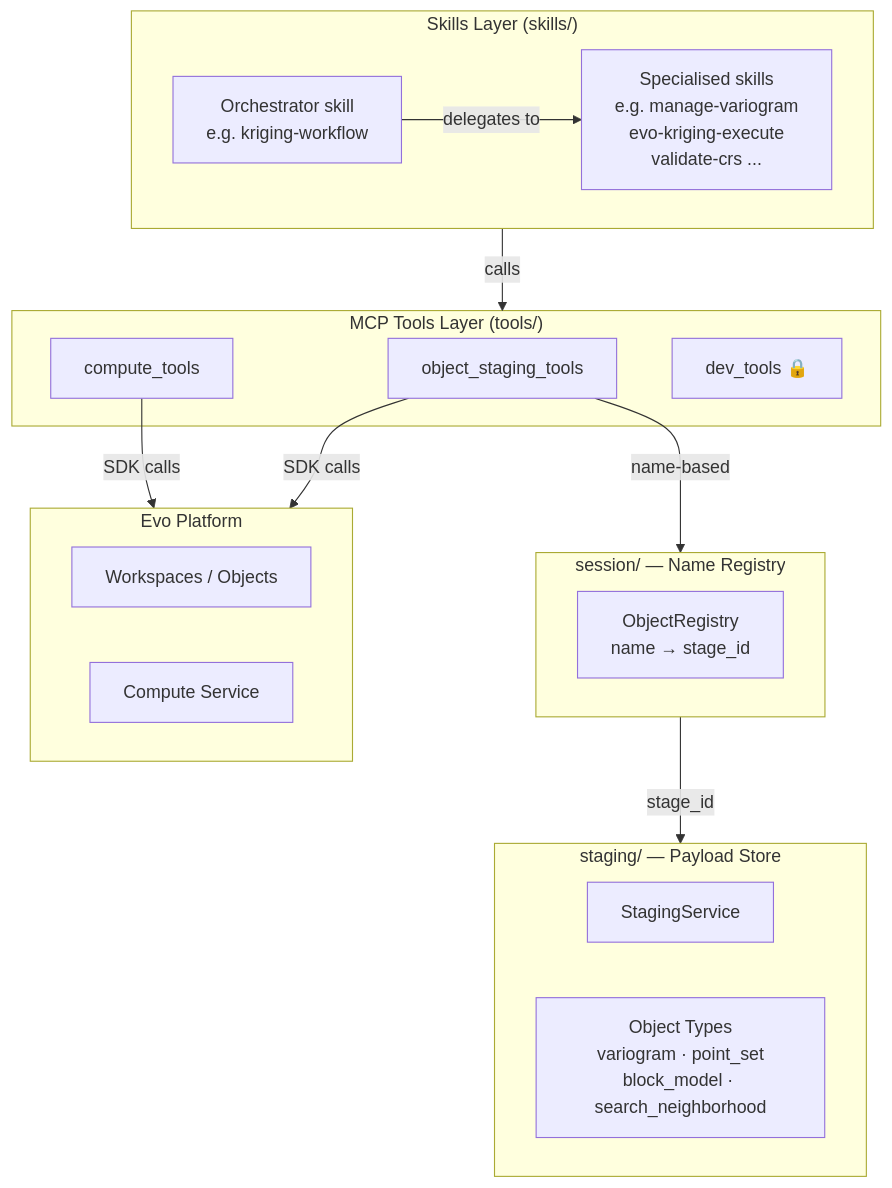
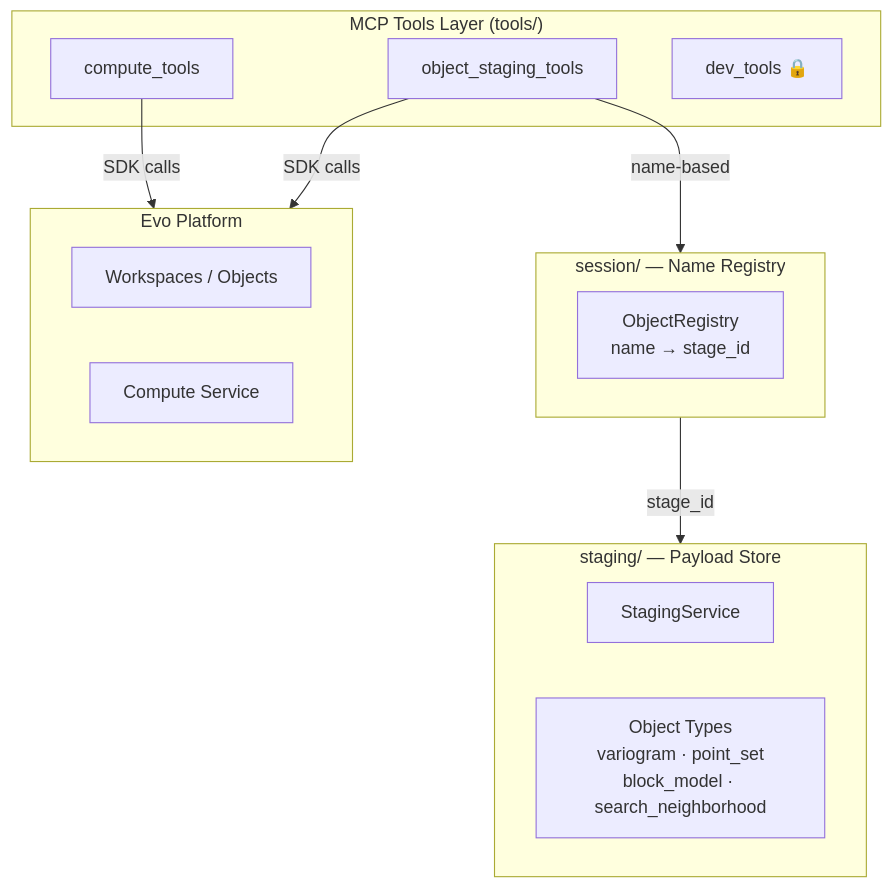
The diagram in docs/estimation-workflow-design.md (SeequentEvo/evo-mcp), drawn with Mermaid before and after one commit. The commit also changed other lines of this file and 7 other files, not shown here.

````diff
--- a/docs/estimation-workflow-design.md
+++ b/docs/estimation-workflow-design.md
@@ -9,33 +9,26 @@
 ```mermaid
 flowchart TB
-    subgraph Skills["Skills Layer  (skills/)"]
-        KW[Orchestrator skill\ne.g. kriging-workflow]
-        LS[Specialised skills\ne.g. manage-variogram\nevo-kriging-execute\nvalidate-crs ...]
-        KW -->|delegates to| LS
-    end
-
     subgraph MCP["MCP Tools Layer  (tools/)"]
         ST[object_staging_tools]
         CT[compute_tools]
         DT[dev_tools 🔒]
     end
 
     subgraph Session["session/  — Name Registry"]
         OR[ObjectRegistry\nname → stage_id]
     end
 
     subgraph Staging["staging/  — Payload Store"]
         SS[StagingService]
         OT[Object Types\nvariogram · point_set\nblock_model · search_neighborhood]
     end
 
     subgraph Evo["Evo Platform"]
         WS[Workspaces / Objects]
         COMP[Compute Service]
     end
 
-    Skills -->|calls| MCP
     ST -->|name-based| Session
     Session -->|stage_id| Staging
     CT & ST -->|SDK calls| Evo
 ```
````
